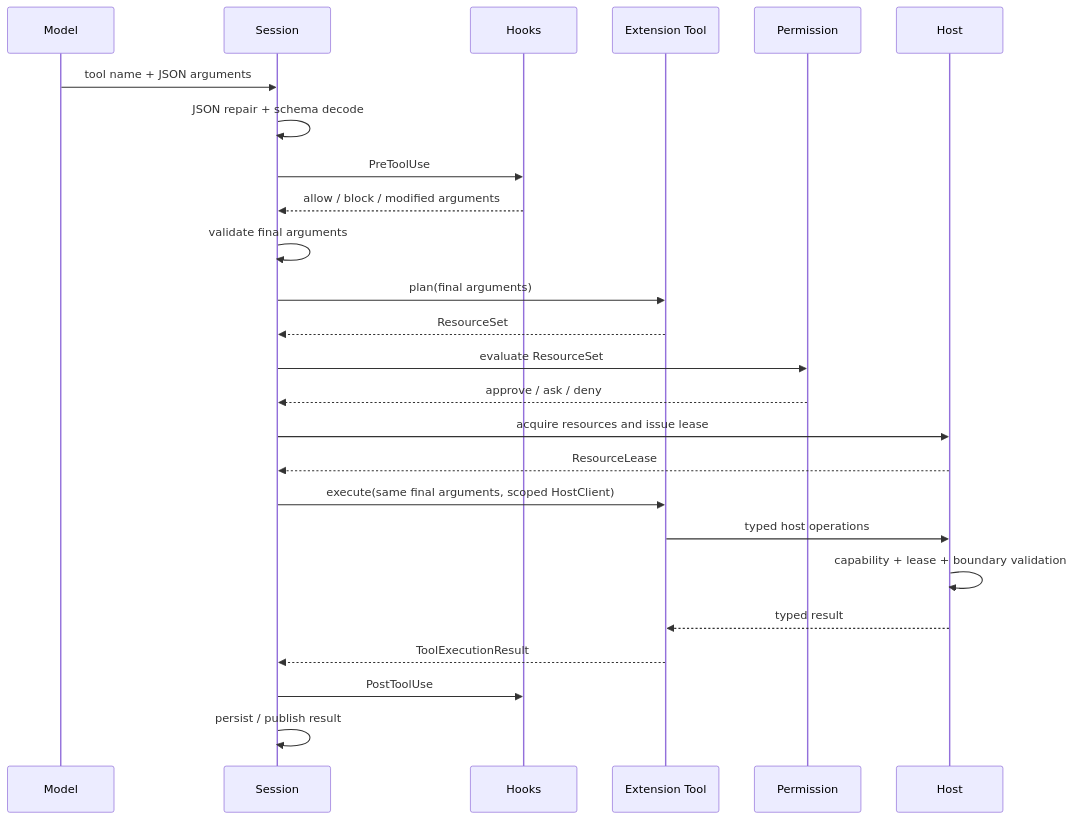
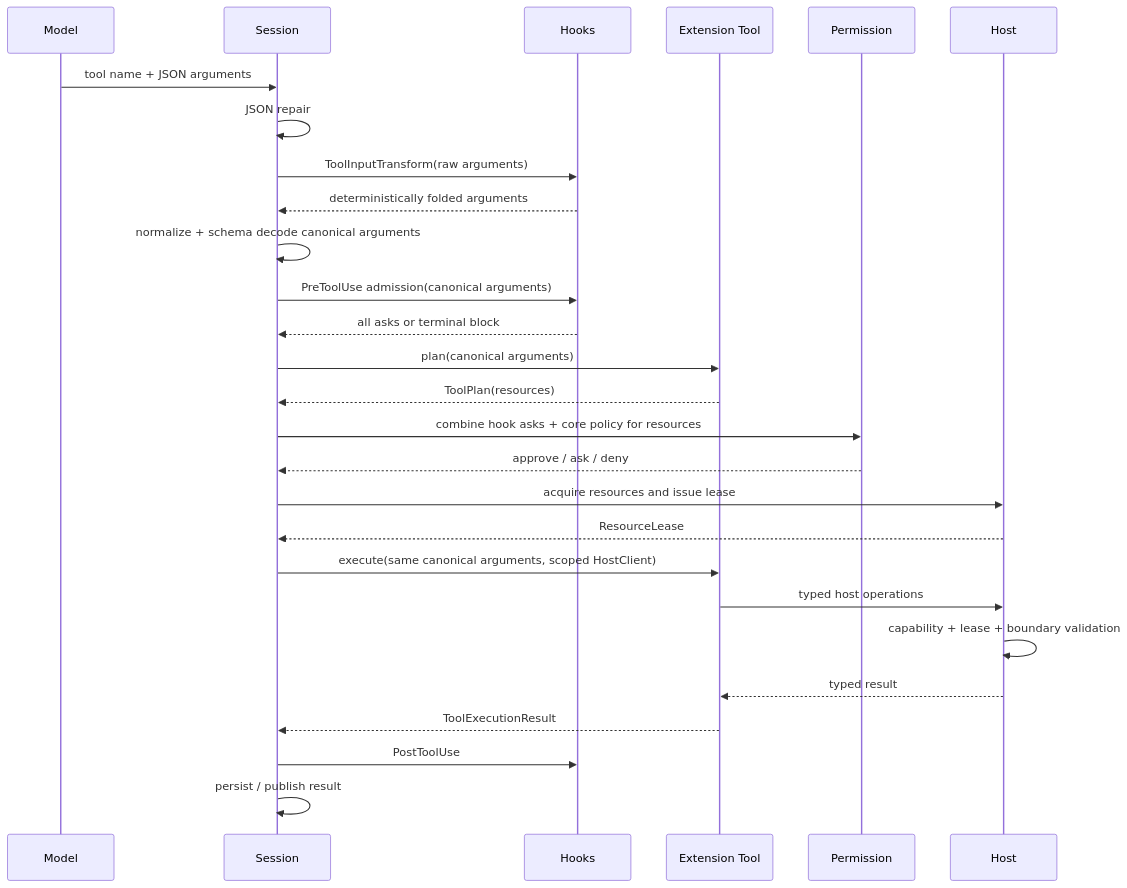
Before and after one commit to whatevertogo/astrcodey: the third of 4 diagrams in docs/architecture/unified-extension-tool-runtime.md, drawn with Mermaid. The commit also changed other lines of this file and 302 other files, not shown here.

````diff
--- a/docs/architecture/unified-extension-tool-runtime.md
+++ b/docs/architecture/unified-extension-tool-runtime.md
@@ -588,28 +601,30 @@
 ```mermaid
 sequenceDiagram
     participant Model
     participant Session
     participant Hooks
     participant Tool as Extension Tool
     participant Permission
     participant Host
 
     Model->>Session: tool name + JSON arguments
-    Session->>Session: JSON repair + schema decode
-    Session->>Hooks: PreToolUse
-    Hooks-->>Session: allow / block / modified arguments
-    Session->>Session: validate final arguments
-    Session->>Tool: plan(final arguments)
-    Tool-->>Session: ResourceSet
-    Session->>Permission: evaluate ResourceSet
+    Session->>Session: JSON repair
+    Session->>Hooks: ToolInputTransform(raw arguments)
+    Hooks-->>Session: deterministically folded arguments
+    Session->>Session: normalize + schema decode canonical arguments
+    Session->>Hooks: PreToolUse admission(canonical arguments)
+    Hooks-->>Session: all asks or terminal block
+    Session->>Tool: plan(canonical arguments)
+    Tool-->>Session: ToolPlan(resources)
+    Session->>Permission: combine hook asks + core policy for resources
     Permission-->>Session: approve / ask / deny
     Session->>Host: acquire resources and issue lease
     Host-->>Session: ResourceLease
-    Session->>Tool: execute(same final arguments, scoped HostClient)
+    Session->>Tool: execute(same canonical arguments, scoped HostClient)
     Tool->>Host: typed host operations
     Host->>Host: capability + lease + boundary validation
     Host-->>Tool: typed result
     Tool-->>Session: ToolExecutionResult
     Session->>Hooks: PostToolUse
     Session->>Session: persist / publish result
 ```
````
